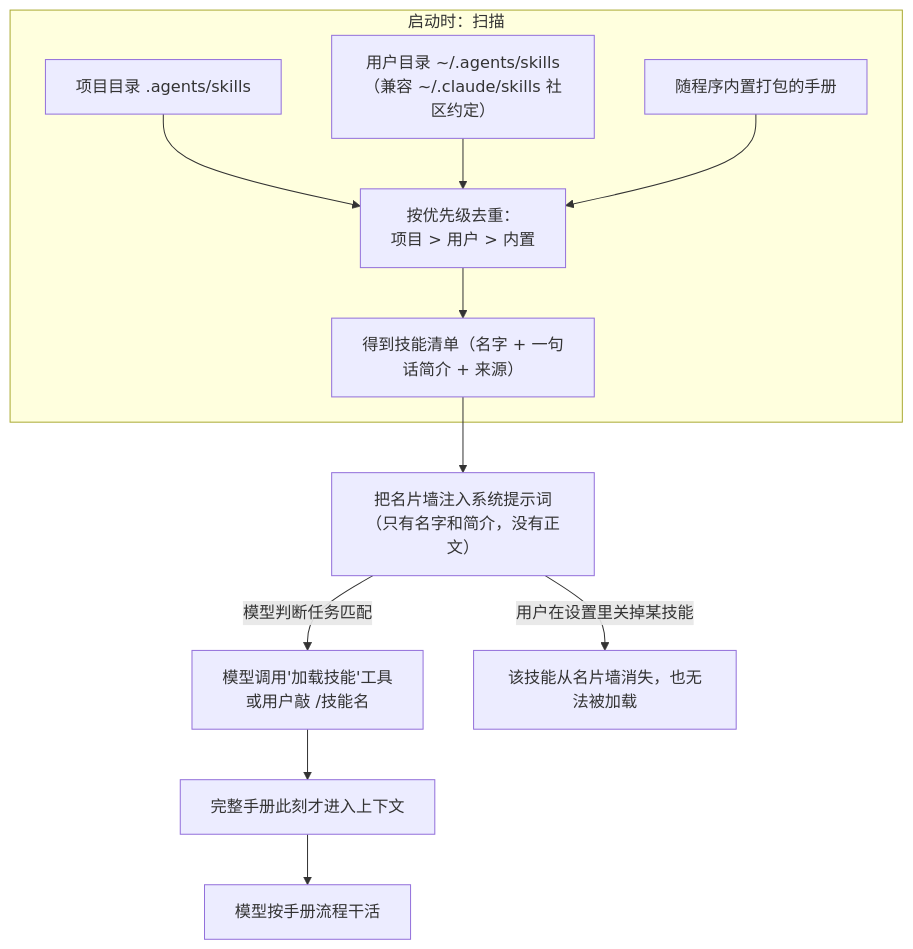
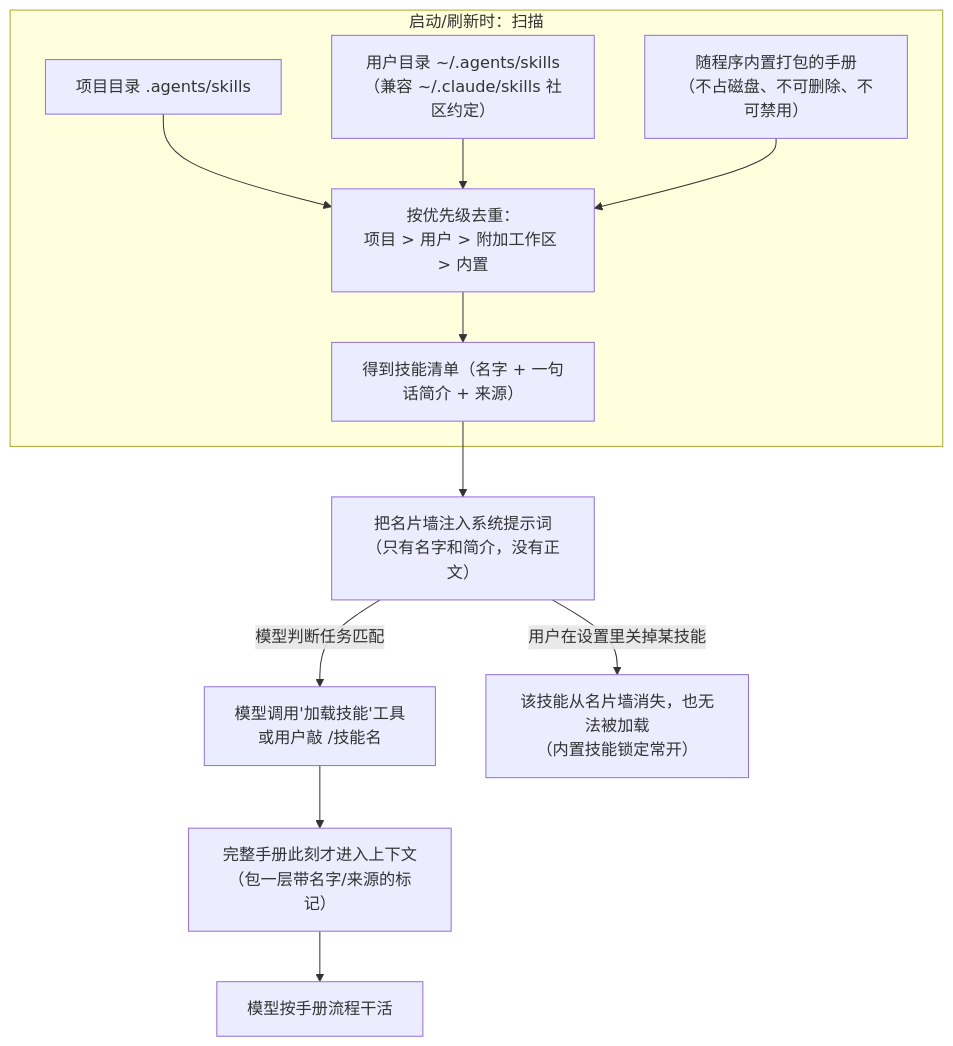
Diagram 12 of 16 in docs/agent-architecture.md (Bronya0/ally-agent), drawn with Mermaid before and after one commit. The commit also changed other lines of this file, not shown here.

First line of the commit message:
docs: deepen architecture guide with missing chapters and technical detail

````diff
--- a/docs/agent-architecture.md
+++ b/docs/agent-architecture.md
@@ -361,14 +555,14 @@
 ```mermaid
 flowchart TD
-    subgraph SCAN["启动时：扫描"]
-        P1["项目目录 .agents/skills"] --> DEDUP["按优先级去重：<br/>项目 > 用户 > 内置"]
+    subgraph SCAN["启动/刷新时：扫描"]
+        P1["项目目录 .agents/skills"] --> DEDUP["按优先级去重：<br/>项目 > 用户 > 附加工作区 > 内置"]
         P2["用户目录 ~/.agents/skills<br/>（兼容 ~/.claude/skills 社区约定）"] --> DEDUP
-        P3["随程序内置打包的手册"] --> DEDUP
+        P3["随程序内置打包的手册<br/>（不占磁盘、不可删除、不可禁用）"] --> DEDUP
         DEDUP --> LIST["得到技能清单（名字 + 一句话简介 + 来源）"]
     end
     LIST --> INJECT["把名片墙注入系统提示词<br/>（只有名字和简介，没有正文）"]
     INJECT -->|"模型判断任务匹配"| LOAD["模型调用'加载技能'工具<br/>或用户敲 /技能名"]
-    LOAD --> FULL["完整手册此刻才进入上下文"]
+    LOAD --> FULL["完整手册此刻才进入上下文<br/>（包一层带名字/来源的标记）"]
     FULL --> ACT["模型按手册流程干活"]
-    INJECT -->|"用户在设置里关掉某技能"| OFF["该技能从名片墙消失，也无法被加载"]
+    INJECT -->|"用户在设置里关掉某技能"| OFF["该技能从名片墙消失，也无法被加载<br/>（内置技能锁定常开）"]
 ```
````
